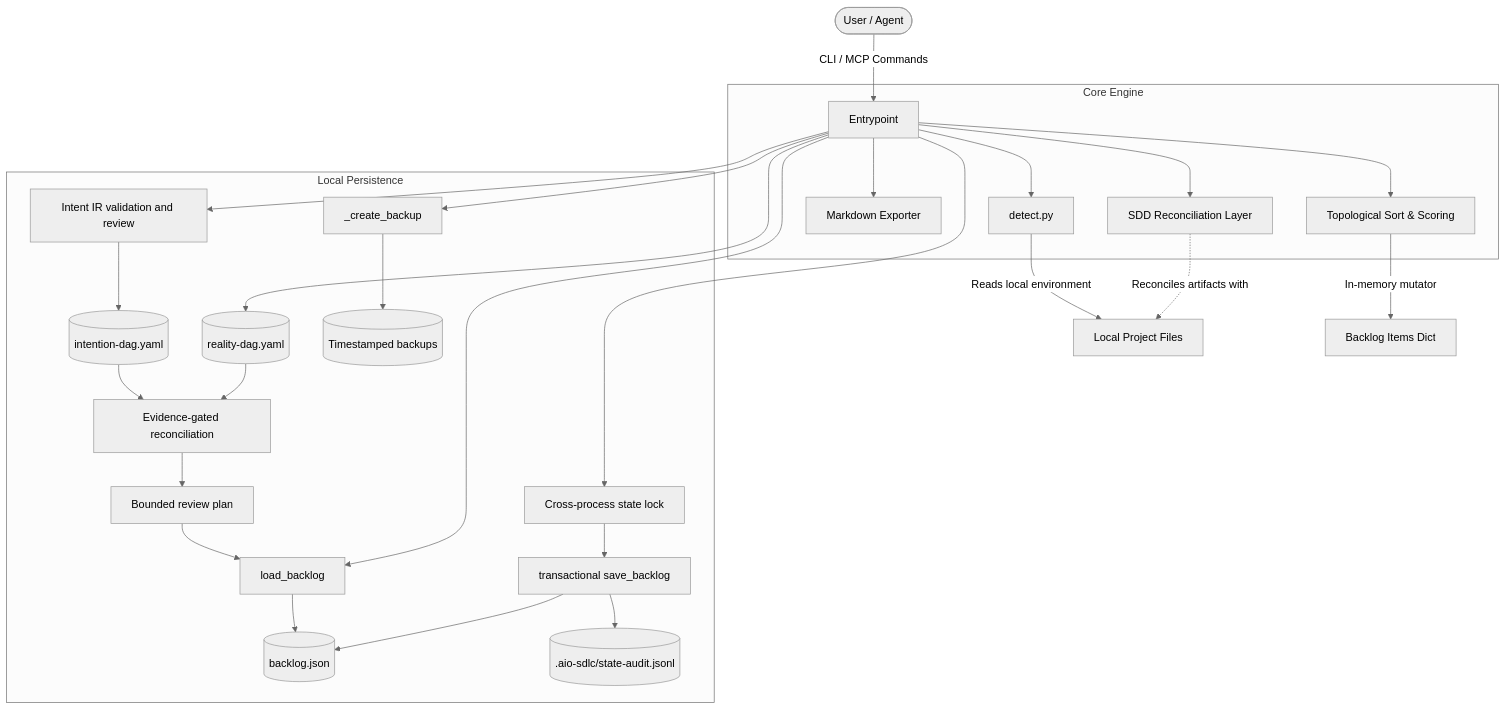
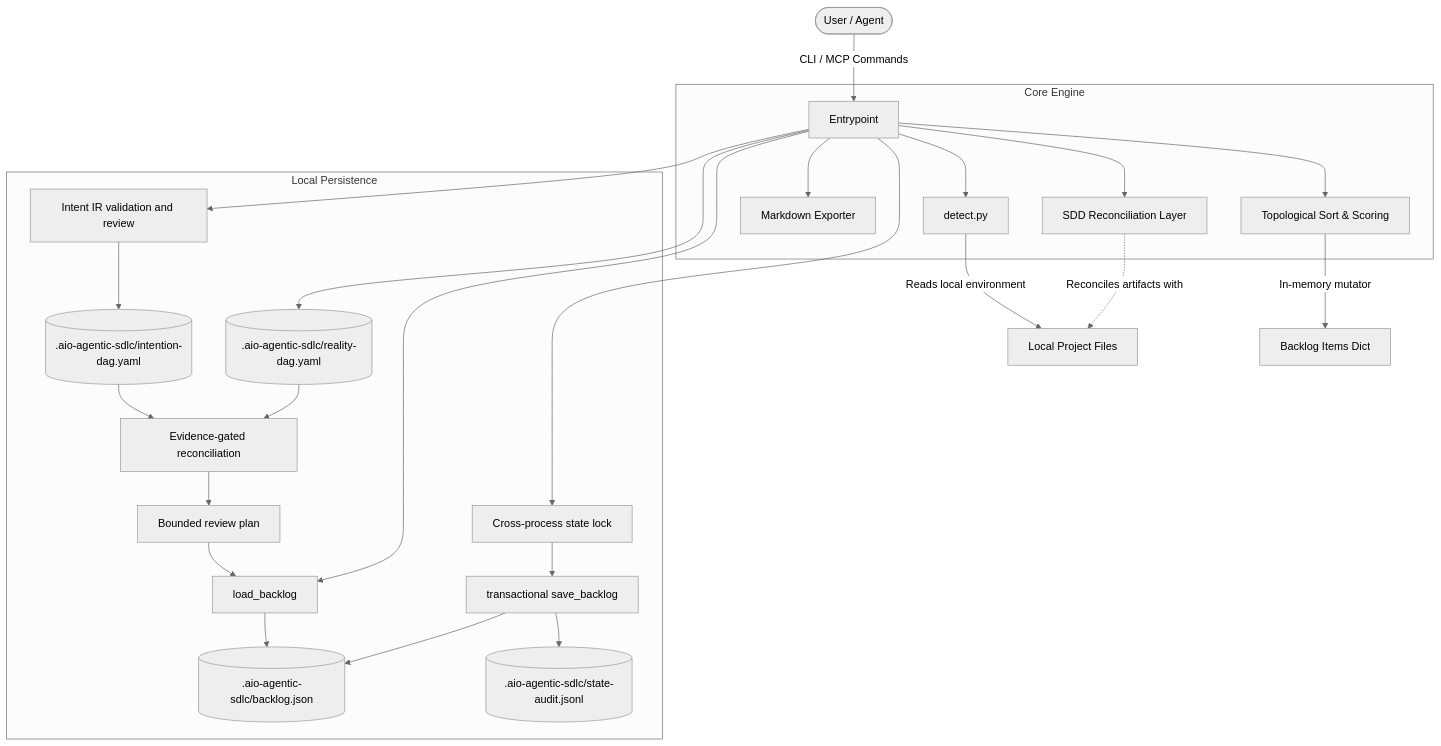
One commit to aegolius-labs/agentic-backlog-cli changed the diagram in doc/architecture.md. Above: the diagram before and after it, drawn with Mermaid (neutral theme). The commit also changed other lines of this file and 125 other files, not shown here.

````diff
--- a/doc/architecture.md
+++ b/doc/architecture.md
@@ -11,33 +30,31 @@
 ```mermaid
 graph TD
     User([User / Agent]) -->|CLI / MCP Commands| CLI[Entrypoint]
     
     subgraph Core Engine
         CLI --> Detect[detect.py]
         CLI --> Sort[Topological Sort & Scoring]
         CLI --> Export[Markdown Exporter]
         CLI --> SDDRecon[SDD Reconciliation Layer]
     end
     
     subgraph Local Persistence
         CLI --> IntentReview[Intent IR validation and review]
-        IntentReview --> Intent[(intention-dag.yaml)]
-        CLI --> Reality[(reality-dag.yaml)]
+        IntentReview --> Intent[(.aio-agentic-sdlc/intention-dag.yaml)]
+        CLI --> Reality[(.aio-agentic-sdlc/reality-dag.yaml)]
         Intent --> Reconcile[Evidence-gated reconciliation]
         Reality --> Reconcile
         Reconcile --> SafePlan[Bounded review plan]
         SafePlan --> ReadJSON
         CLI --> ReadJSON[load_backlog]
-        ReadJSON --> FileDB[(backlog.json)]
+        ReadJSON --> FileDB[(.aio-agentic-sdlc/backlog.json)]
         CLI --> Lock[Cross-process state lock]
         Lock --> WriteJSON[transactional save_backlog]
         WriteJSON --> FileDB
-        WriteJSON --> Audit[(.aio-sdlc/state-audit.jsonl)]
-        CLI --> BackupManager[_create_backup]
-        BackupManager --> BackupFiles[(Timestamped backups)]
+        WriteJSON --> Audit[(.aio-agentic-sdlc/state-audit.jsonl)]
     end
 
     Detect -->|Reads local environment| Workspace[Local Project Files]
     SDDRecon -.->|Reconciles artifacts with| Workspace
     Sort -->|In-memory mutator| Items[Backlog Items Dict]
 ```
````
